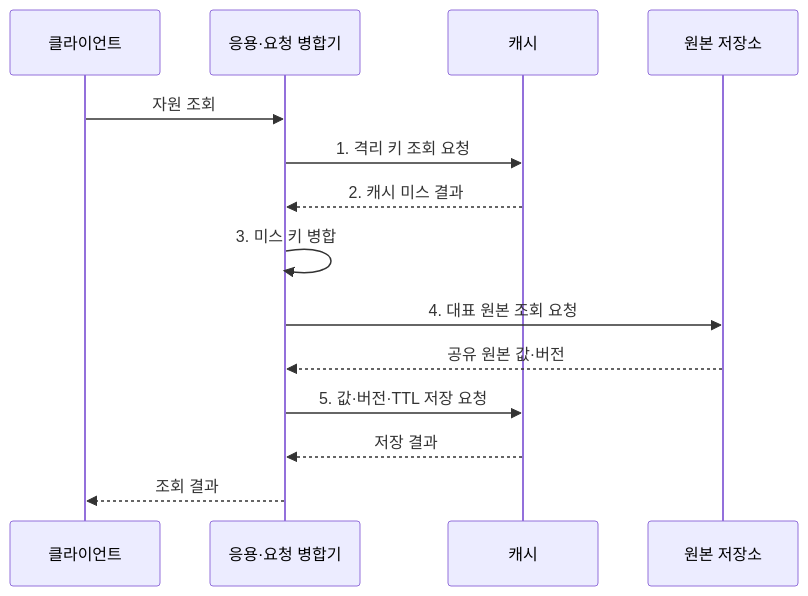
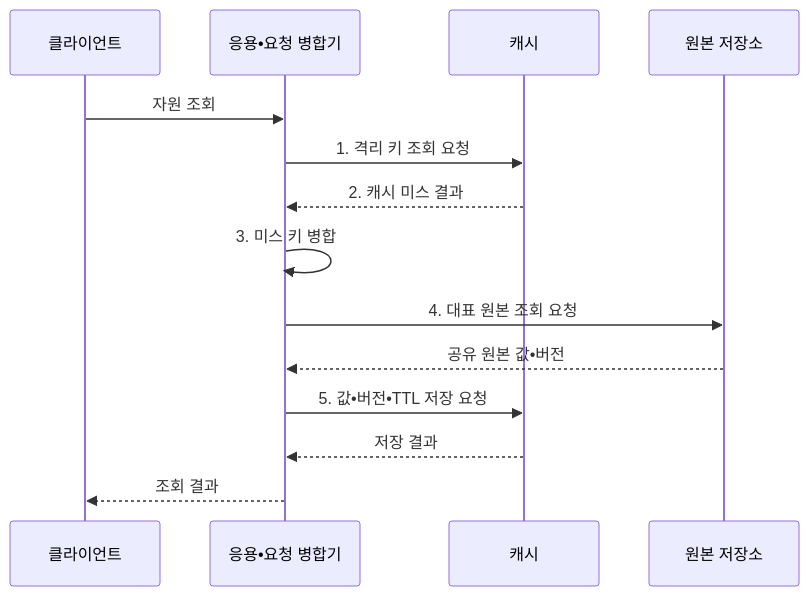
One commit to agnusdei1207/knowledge-base changed the second of 2 diagrams in src/content/docs/notes/03-software/180_caching_strategy.md. Above: the diagram before and after it, drawn with Mermaid. The commit also changed other lines of this file and 953 other files, not shown here.

````diff
--- a/src/content/docs/notes/03-software/180_caching_strategy.md
+++ b/src/content/docs/notes/03-software/180_caching_strategy.md
@@ -109,16 +109,16 @@
 ```mermaid
 sequenceDiagram
     participant U as 클라이언트
-    participant A as 응용·요청 병합기
+    participant A as 응용•요청 병합기
     participant C as 캐시
     participant D as 원본 저장소
     U->>A: 자원 조회
     A->>C: 1. 격리 키 조회 요청
     C-->>A: 2. 캐시 미스 결과
     A->>A: 3. 미스 키 병합
     A->>D: 4. 대표 원본 조회 요청
-    D-->>A: 공유 원본 값·버전
-    A->>C: 5. 값·버전·TTL 저장 요청
+    D-->>A: 공유 원본 값•버전
+    A->>C: 5. 값•버전•TTL 저장 요청
     C-->>A: 저장 결과
     A-->>U: 조회 결과
 ```
````
